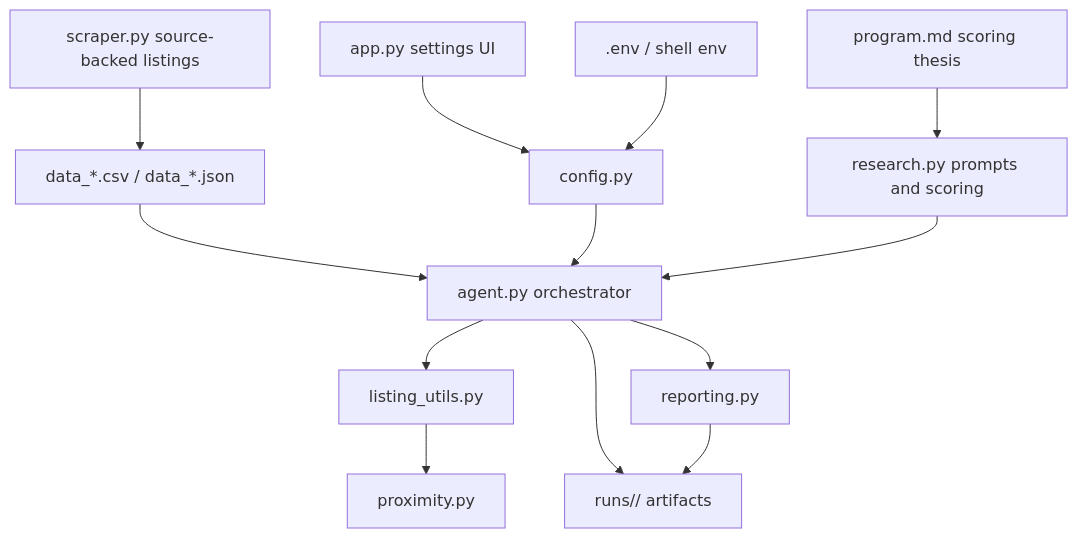
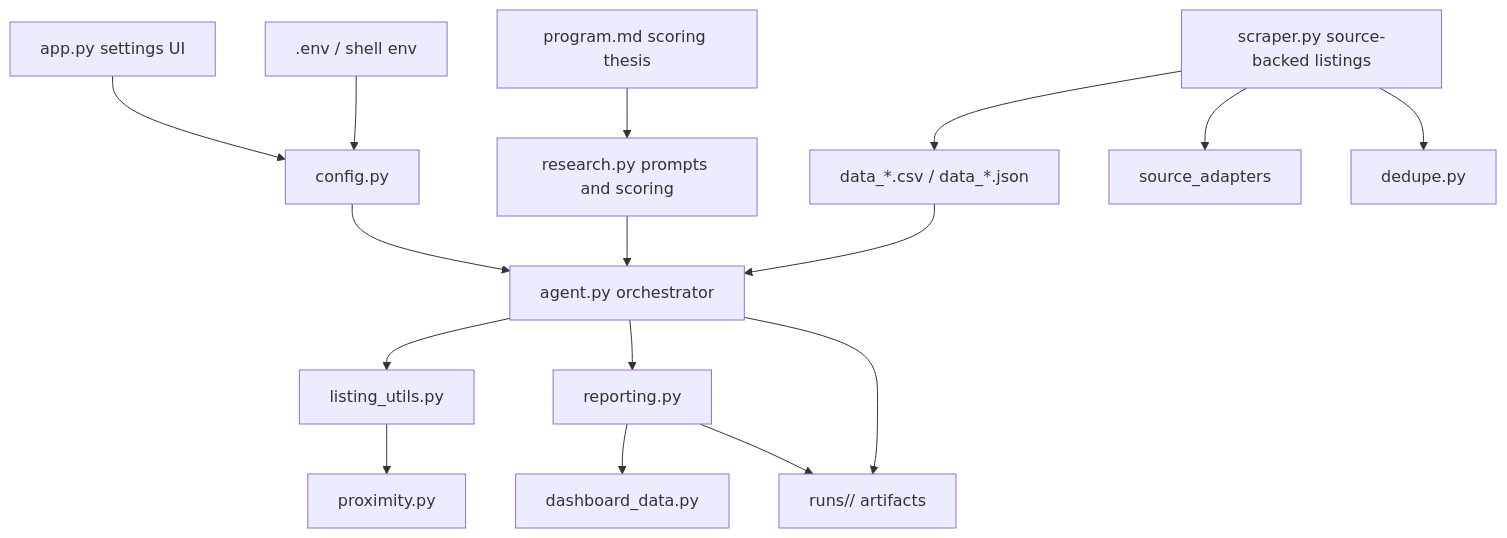
One commit to ndmx/autobiz changed the diagram in docs/ARCHITECTURE.md. Above: the diagram before and after it, drawn with Mermaid. The commit also changed other lines of this file and 17 other files, not shown here.

````diff
--- a/docs/ARCHITECTURE.md
+++ b/docs/ARCHITECTURE.md
@@ -33,15 +36,18 @@
 ```mermaid
 flowchart TD
     Settings["app.py settings UI"] --> Config["config.py"]
     Env[".env / shell env"] --> Config
     Program["program.md scoring thesis"] --> Research["research.py prompts and scoring"]
     Scraper["scraper.py source-backed listings"] --> Data["data_*.csv / data_*.json"]
+    Scraper --> Adapters["source_adapters"]
+    Scraper --> Dedupe["dedupe.py"]
     Data --> Agent["agent.py orchestrator"]
     Config --> Agent
     Research --> Agent
     Agent --> ListingUtils["listing_utils.py"]
     ListingUtils --> Proximity["proximity.py"]
     Agent --> Reporting["reporting.py"]
+    Reporting --> DashboardData["dashboard_data.py"]
     Agent --> Runs["runs/<timestamp>/ artifacts"]
     Reporting --> Runs
 ```
````
